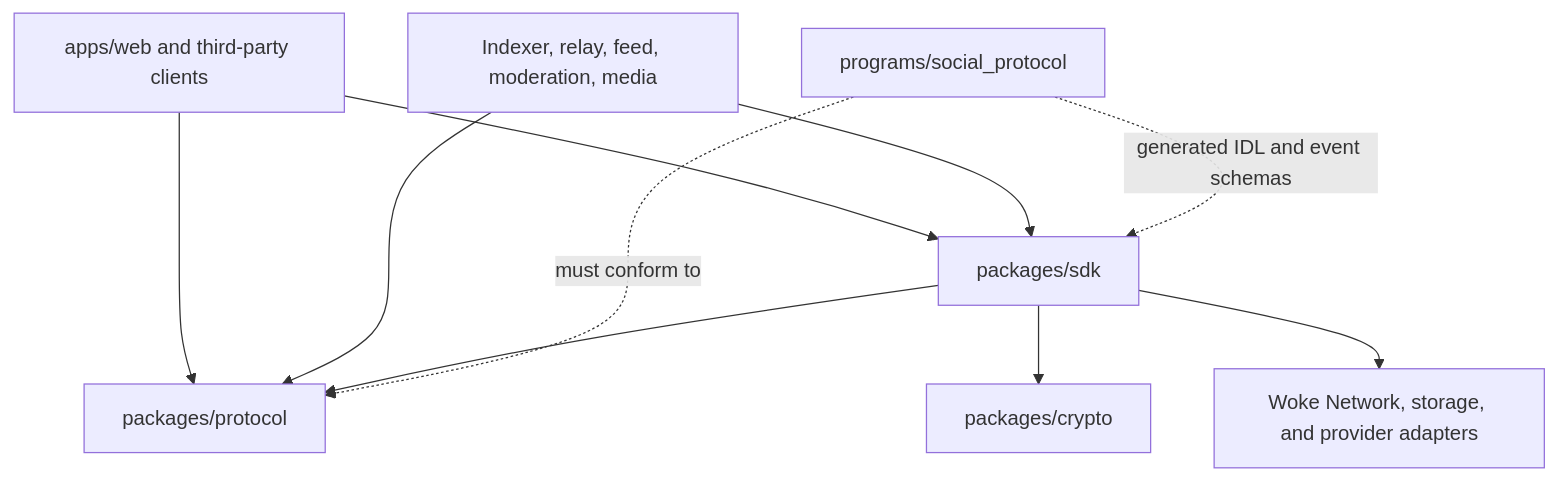
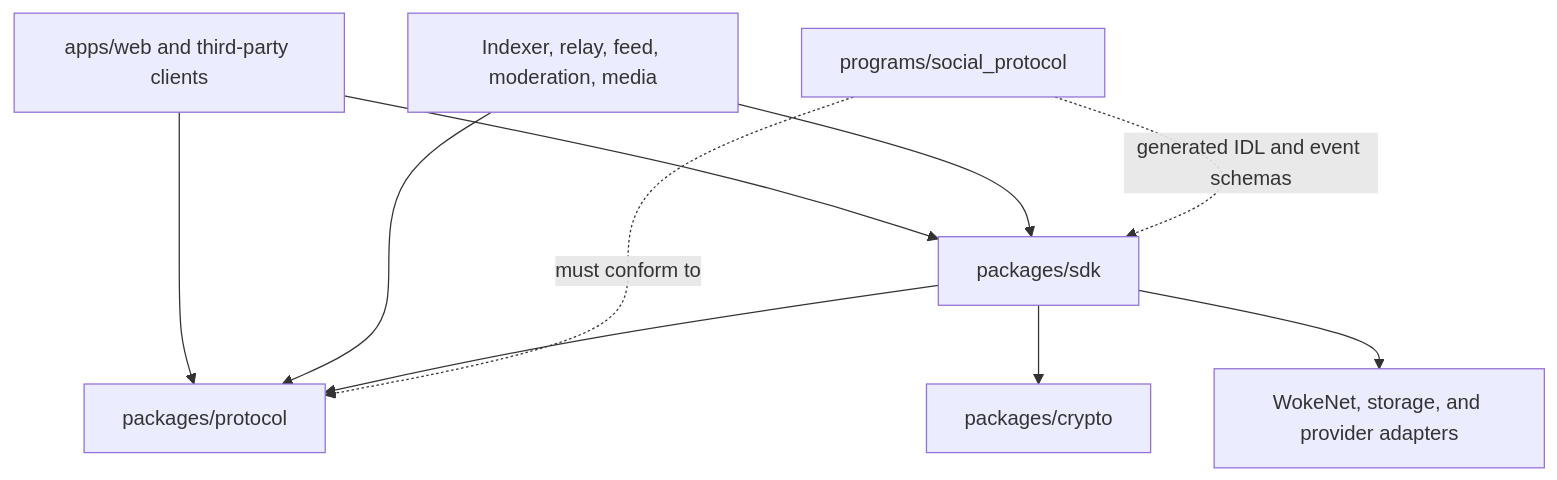
Before and after one commit to droolson/wetdrool: the second of 6 diagrams in docs/ARCHITECTURE.md, drawn with Mermaid. The commit also changed other lines of this file and 312 other files, not shown here.

Commit message:
feat: complete WokeSocial and WokeNet migration

````diff
--- a/docs/ARCHITECTURE.md
+++ b/docs/ARCHITECTURE.md
@@ -124,20 +124,20 @@
 ```mermaid
 flowchart TD
     UI["apps/web and third-party clients"]
     Services["Indexer, relay, feed, moderation, media"]
     SDK["packages/sdk"]
     Protocol["packages/protocol"]
     Crypto["packages/crypto"]
     Program["programs/social_protocol"]
-    External["Woke Network, storage, and provider adapters"]
+    External["WokeNet, storage, and provider adapters"]
 
     UI --> SDK
     UI --> Protocol
     Services --> SDK
     Services --> Protocol
     SDK --> Protocol
     SDK --> Crypto
     SDK --> External
     Program -. "generated IDL and event schemas" .-> SDK
     Program -. "must conform to" .-> Protocol
 ```
````
